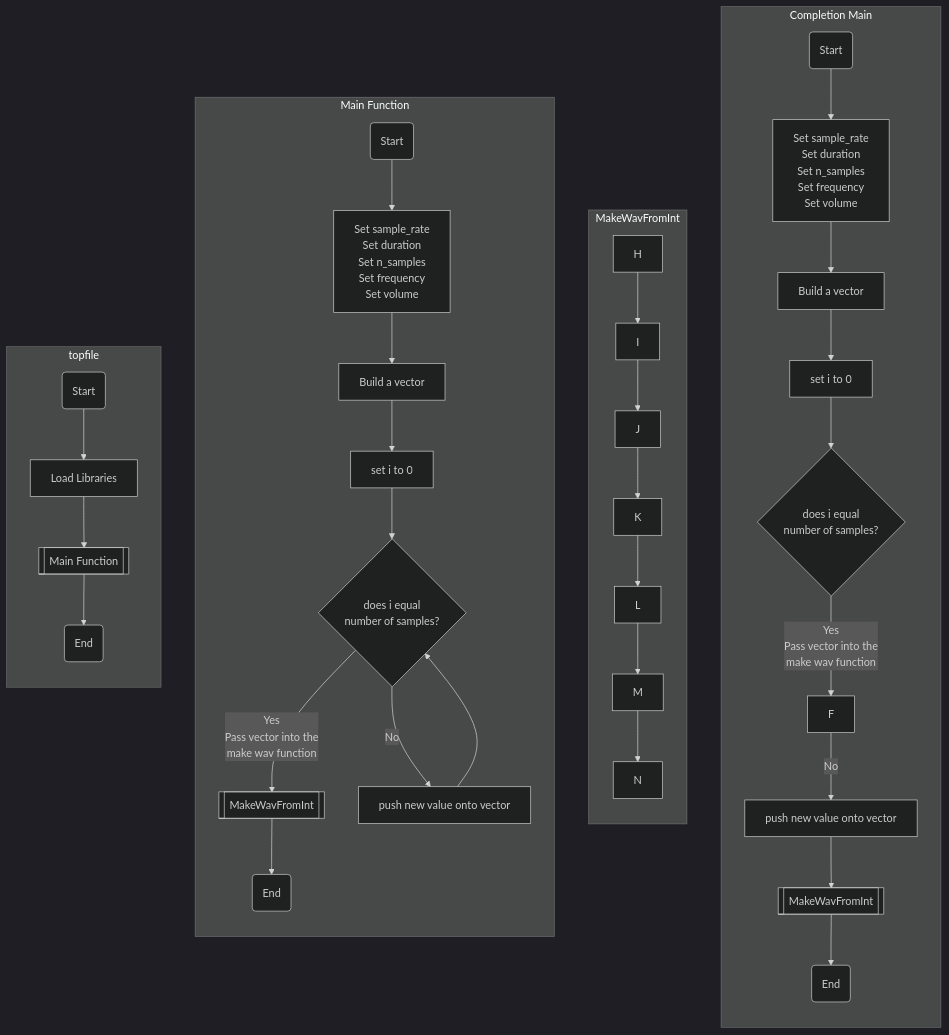
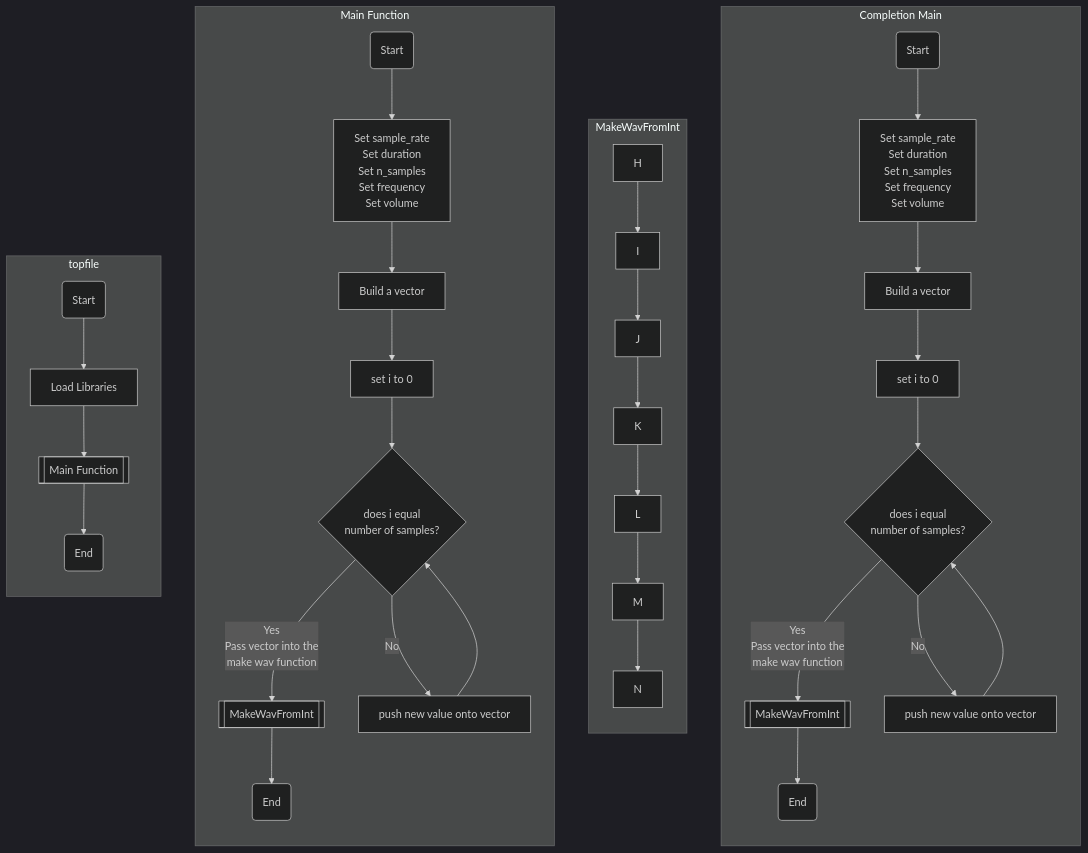
The diagram in project01FlowchartCore.md (brolonium210/ENGR101_MD), drawn with Mermaid (dark theme) before and after one commit.

````diff
--- a/project01FlowchartCore.md
+++ b/project01FlowchartCore.md
@@ -1,63 +1,63 @@
 ```mermaid
 
 flowchart TB
 
 subgraph Completion Main
 direction TB 
 A(Start)-->B
 B["Set sample_rate
 Set duration
 Set n_samples
 Set frequency
 Set volume"
 ]-->C
 C[Build a vector]-->D
 D[set i to 0]-->E
 E{"does i equal
 number of samples?"
 }--Yes
 Pass vector into the
 make wav function-->F
-F--No -->G
-G["push new value onto vector"]-->GG
-GG[[MakeWavFromInt]]-->GGG(End)
+E--No -->G
+G["push new value onto vector"]-->E
+F[[MakeWavFromInt]]-->GGG(End)
 end
 
 subgraph MakeWavFromInt
 direction TB 
 H-->I
 I-->J
 J-->K
 K-->L
 L-->M
 M-->N
 end
 
 subgraph Main Function
 direction TB 
 O(Start)-->P
 P["Set sample_rate
 Set duration
 Set n_samples
 Set frequency
 Set volume"
 ]-->Q
 Q[Build a vector]-->RR
 RR[set i to 0]-->R
 R{"does i equal
 number of samples?"
 }--Yes
 Pass vector into the
 make wav function-->S
 R--No -->SS
 SS["push new value onto vector"]-->R
 S[[MakeWavFromInt]]-->T(End)
 end
 
 subgraph topfile
 direction TB 
 V(Start)-->W[Load Libraries]
 W-->X[[Main Function]]
 X-->Y(End)
 end
 ```
````
